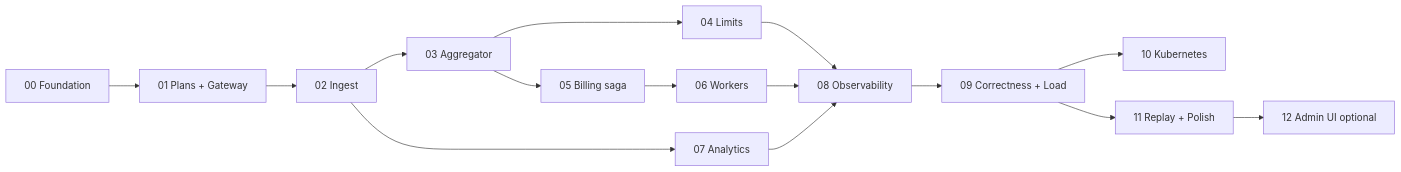
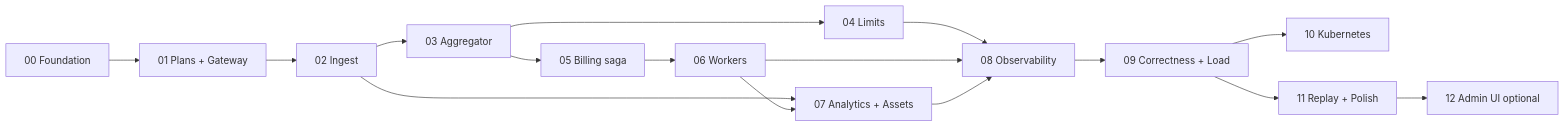
The diagram in docs/phases/ROADMAP.md (0furkancolak/payrudder), drawn with Mermaid before and after one commit. The commit also changed other lines of this file and 10 other files, not shown here.

````diff
--- a/docs/phases/ROADMAP.md
+++ b/docs/phases/ROADMAP.md
@@ -22,12 +22,13 @@
 ```mermaid
 flowchart LR
     P0[00 Foundation] --> P1[01 Plans + Gateway] --> P2[02 Ingest] --> P3[03 Aggregator]
     P3 --> P4[04 Limits]
     P3 --> P5[05 Billing saga] --> P6[06 Workers]
-    P2 --> P7[07 Analytics]
+    P2 --> P7[07 Analytics + Assets]
+    P6 --> P7
     P4 --> P8[08 Observability]
     P6 --> P8
     P7 --> P8
     P8 --> P9[09 Correctness + Load] --> P10[10 Kubernetes]
     P9 --> P11[11 Replay + Polish] --> P12[12 Admin UI optional]
 ```
````
